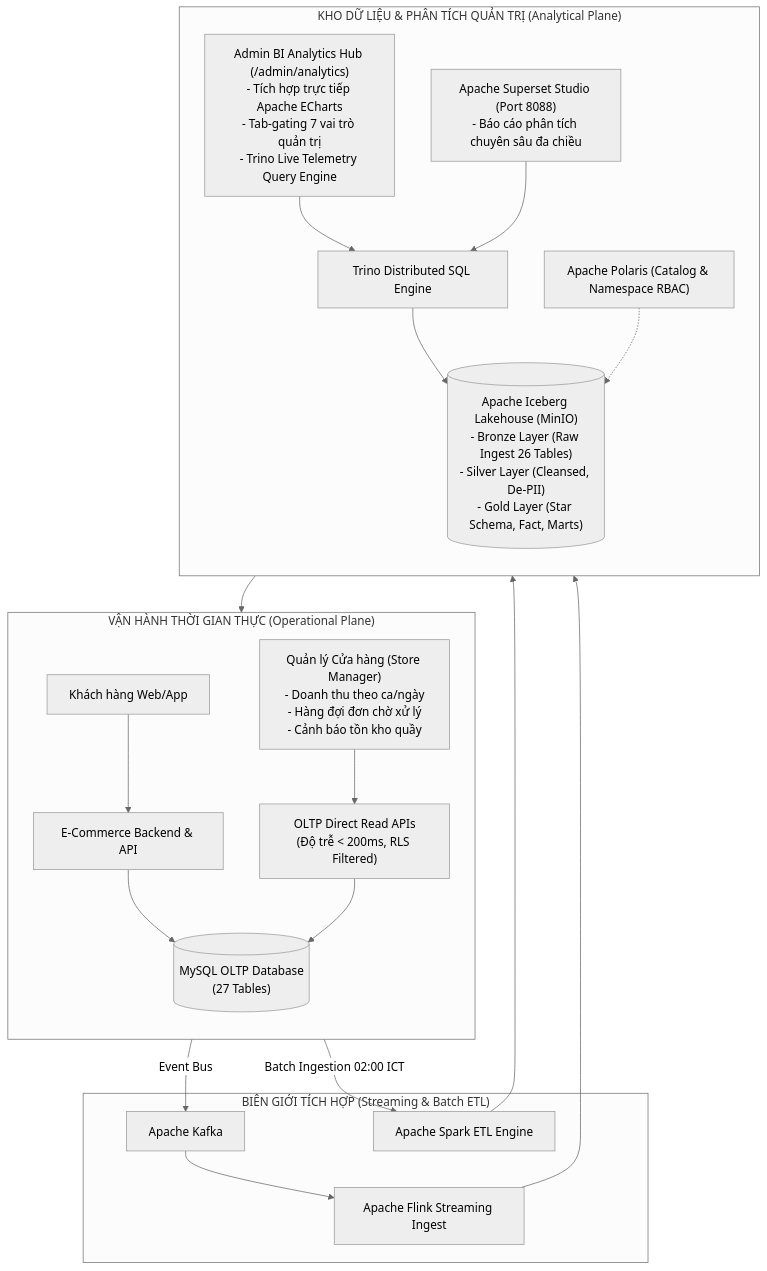
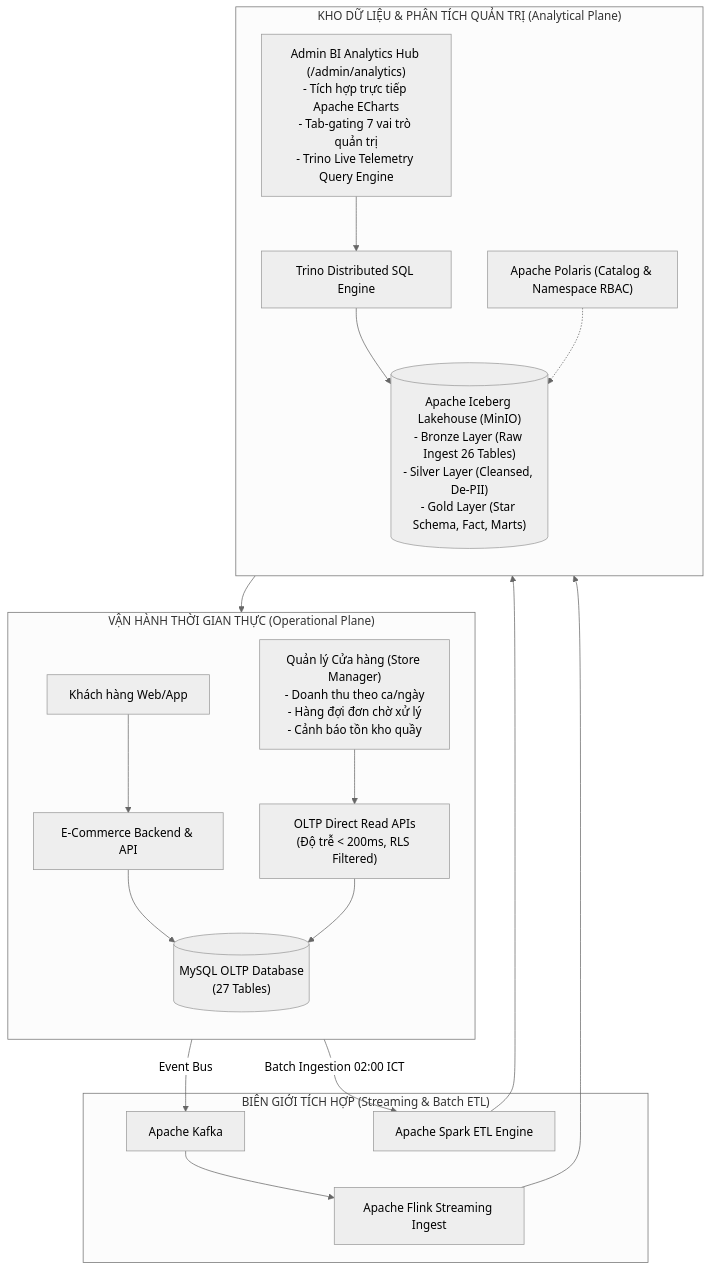
The first of 6 diagrams in docs/architecture/MANAGEMENT_INFO_TECHNICAL_SPEC.md (DanhTrannn/TLCN), drawn with Mermaid (neutral theme) before and after one commit. The commit also changed other lines of this file and 8 other files, not shown here.

Commit message:
docs: remove all legacy Apache Superset references in favor of Apache ECharts and Trino

````diff
--- a/docs/architecture/MANAGEMENT_INFO_TECHNICAL_SPEC.md
+++ b/docs/architecture/MANAGEMENT_INFO_TECHNICAL_SPEC.md
@@ -61,30 +61,28 @@
 ```mermaid
 flowchart TB
     subgraph Operational_Plane["VẬN HÀNH THỜI GIAN THỰC (Operational Plane)"]
         direction TB
         AppUser["Khách hàng Web/App"] --> WebApp["E-Commerce Backend & API"]
         WebApp --> MySQL[("MySQL OLTP Database\n(27 Tables)")]
         
         StoreMgr["Quản lý Cửa hàng (Store Manager)\n- Doanh thu theo ca/ngày\n- Hàng đợi đơn chờ xử lý\n- Cảnh báo tồn kho quầy"] --> OLTP_API["OLTP Direct Read APIs\n(Độ trễ < 200ms, RLS Filtered)"]
         OLTP_API --> MySQL
     end
 
     subgraph Integration_Boundary["BIÊN GIỚI TÍCH HỢP (Streaming & Batch ETL)"]
         WebApp -->|Event Bus| Kafka["Apache Kafka"]
         Kafka --> Flink["Apache Flink Streaming Ingest"]
         MySQL -->|Batch Ingestion 02:00 ICT| Spark["Apache Spark ETL Engine"]
     end
 
     subgraph Analytical_Plane["KHO DỮ LIỆU & PHÂN TÍCH QUẢN TRỊ (Analytical Plane)"]
         direction TB
         Spark & Flink --> Lakehouse[("Apache Iceberg Lakehouse (MinIO)\n- Bronze Layer (Raw Ingest 26 Tables)\n- Silver Layer (Cleansed, De-PII)\n- Gold Layer (Star Schema, Fact, Marts)")]
         
         Engine["Trino Distributed SQL Engine"] --> Lakehouse
         Catalog["Apache Polaris (Catalog & Namespace RBAC)"] -.-> Lakehouse
         
         Hub["Admin BI Analytics Hub (/admin/analytics)\n- Tích hợp trực tiếp Apache ECharts\n- Tab-gating 7 vai trò quản trị\n- Trino Live Telemetry Query Engine"] --> Engine
         Hub --> OLTP_API
-        
-        Superset["Apache Superset Studio (Port 8088)\n- Báo cáo phân tích chuyên sâu đa chiều"] --> Engine
     end
 ```
````
